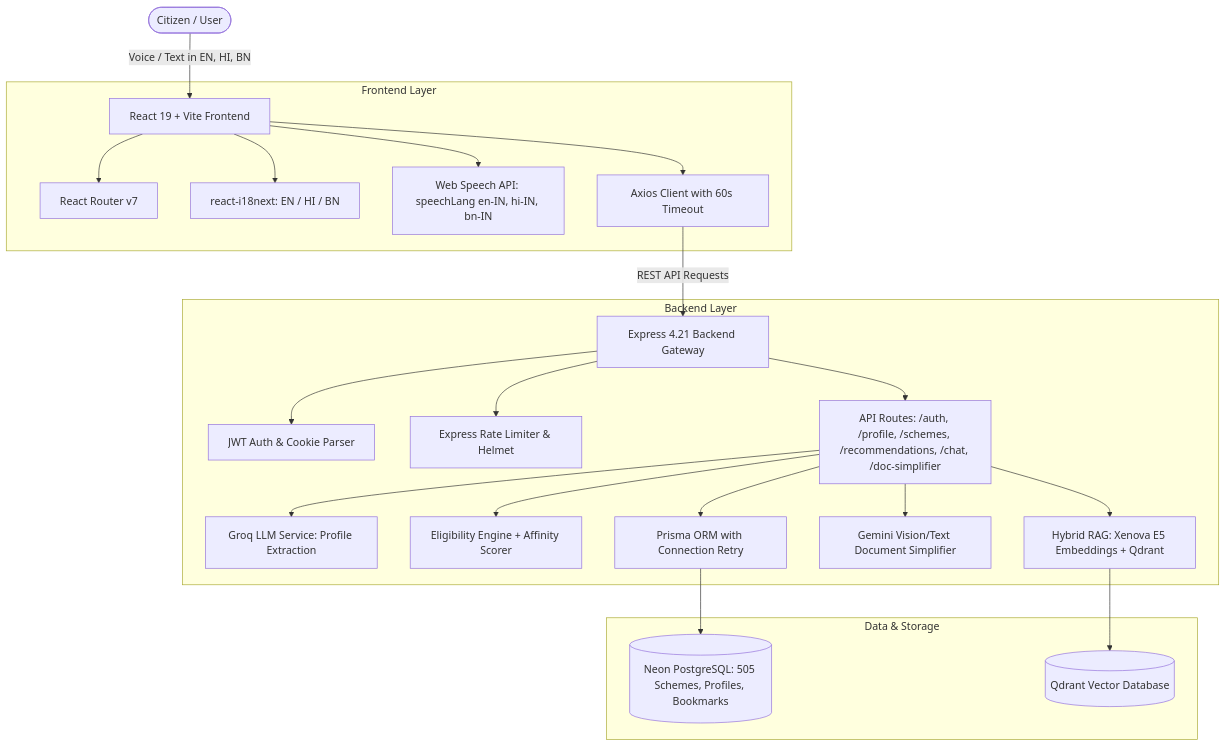
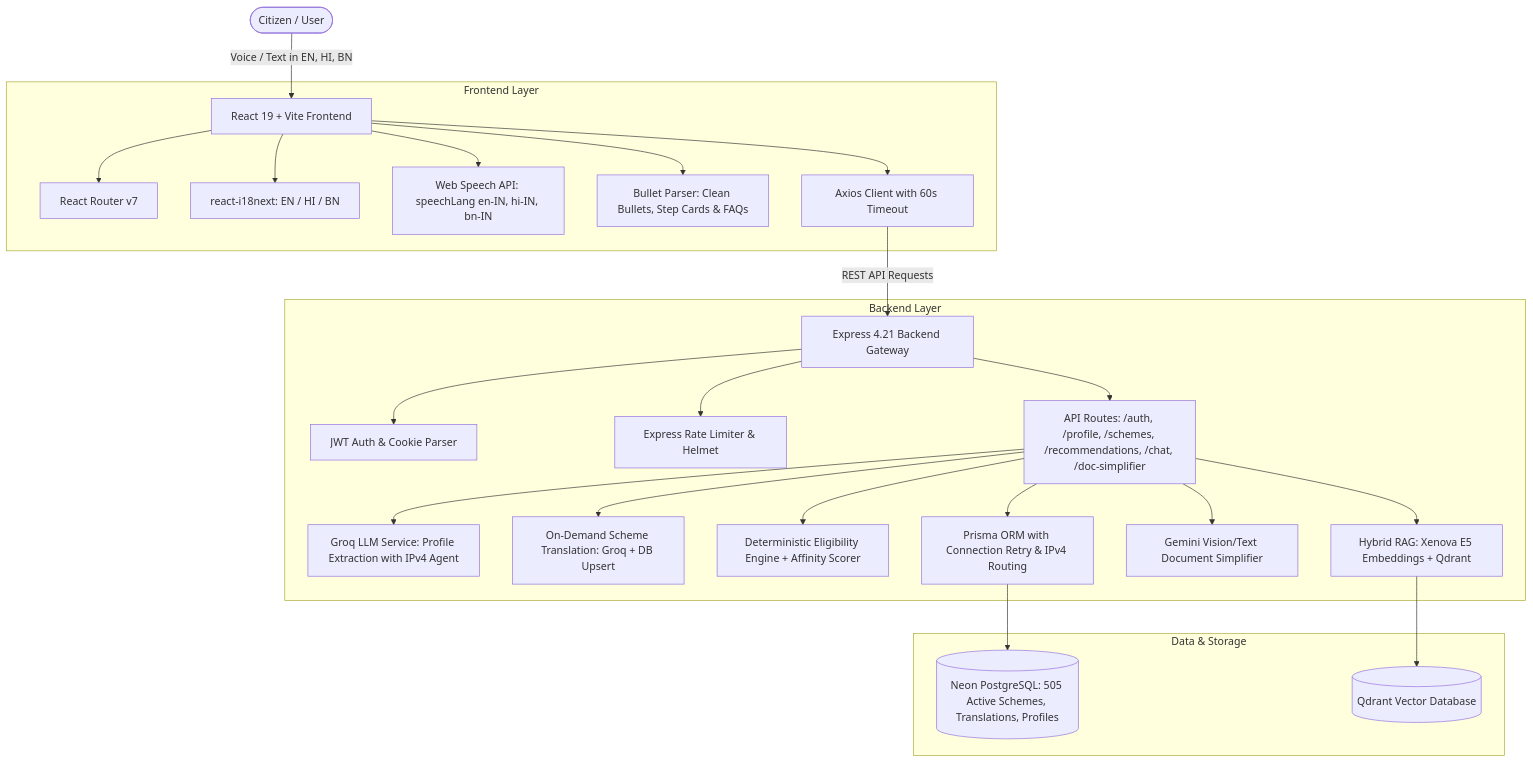
One commit to justayushmani/mini-project-5th-sem changed the diagram in README.md. Above: the diagram before and after it, drawn with Mermaid. The commit also changed other lines of this file and 6 other files, not shown here.

````diff
--- a/README.md
+++ b/README.md
@@ -23,30 +78,32 @@
 ```mermaid
 flowchart TD
     User([Citizen / User]) -->|Voice / Text in EN, HI, BN| Frontend[React 19 + Vite Frontend]
     
     subgraph Frontend Layer
         Frontend --> Router[React Router v7]
         Frontend --> I18n[react-i18next: EN / HI / BN]
         Frontend --> WebSpeech[Web Speech API: speechLang en-IN, hi-IN, bn-IN]
+        Frontend --> BulletParser[Bullet Parser: Clean Bullets, Step Cards & FAQs]
         Frontend --> AxiosInst[Axios Client with 60s Timeout]
     end
 
     AxiosInst -->|REST API Requests| Gateway[Express 4.21 Backend Gateway]
 
     subgraph Backend Layer
         Gateway --> AuthMiddleware[JWT Auth & Cookie Parser]
         Gateway --> RateLimiter[Express Rate Limiter & Helmet]
         Gateway --> RouterAPI[API Routes: /auth, /profile, /schemes, /recommendations, /chat, /doc-simplifier]
         
-        RouterAPI --> AIProfile[Groq LLM Service: Profile Extraction]
-        RouterAPI --> RuleEngine[Eligibility Engine + Affinity Scorer]
+        RouterAPI --> AIProfile[Groq LLM Service: Profile Extraction with IPv4 Agent]
+        RouterAPI --> TranslationSvc[On-Demand Scheme Translation: Groq + DB Upsert]
+        RouterAPI --> RuleEngine[Deterministic Eligibility Engine + Affinity Scorer]
         RouterAPI --> RAGService[Hybrid RAG: Xenova E5 Embeddings + Qdrant]
         RouterAPI --> GeminiDoc[Gemini Vision/Text Document Simplifier]
-        RouterAPI --> PrismaClient[Prisma ORM with Connection Retry]
+        RouterAPI --> PrismaClient[Prisma ORM with Connection Retry & IPv4 Routing]
     end
 
     subgraph Data & Storage
-        PrismaClient --> Postgres[(Neon PostgreSQL: 505 Schemes, Profiles, Bookmarks)]
+        PrismaClient --> Postgres[(Neon PostgreSQL: 505 Active Schemes, Translations, Profiles)]
         RAGService --> Qdrant[(Qdrant Vector Database)]
     end
 ```
````
